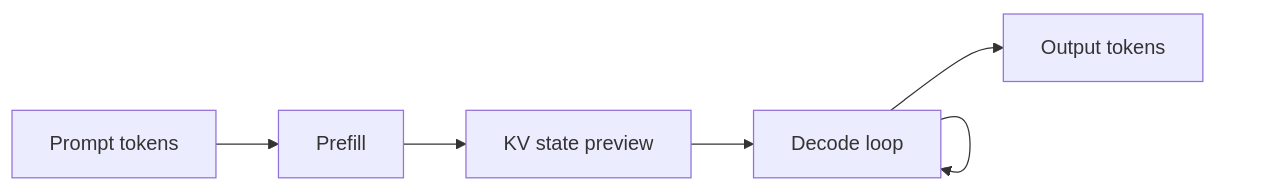
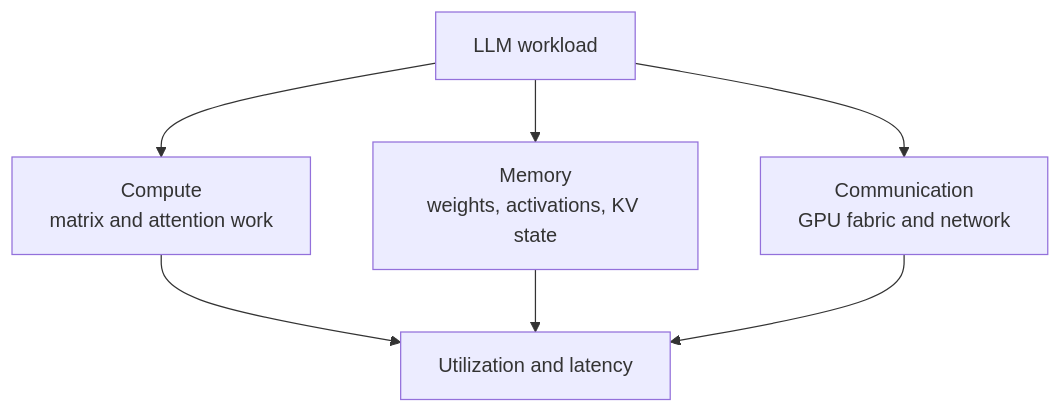
Before and after one commit to nawab-ali/mlsys-prep: the first of 2 diagrams in systems/00_llm_gpu_bridge.md, drawn with Mermaid. The commit also changed other lines of this file and 5 other files, not shown here.

````diff
--- a/systems/00_llm_gpu_bridge.md
+++ b/systems/00_llm_gpu_bridge.md
@@ -77,8 +51,9 @@
 ```mermaid
-flowchart LR
-    A["Prompt tokens"] --> B["Prefill"]
-    B --> C["KV state preview"]
-    C --> D["Decode loop"]
-    D --> E["Output tokens"]
-    D --> D
+flowchart TB
+    A["LLM workload"] --> B["Compute\nmatrix and attention work"]
+    A --> C["Memory\nweights, activations, KV state"]
+    A --> D["Communication\nGPU fabric and network"]
+    B --> E["Utilization and latency"]
+    C --> E
+    D --> E
 ```
````
